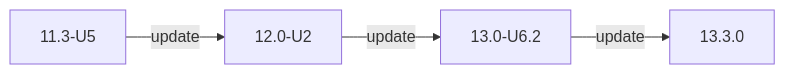
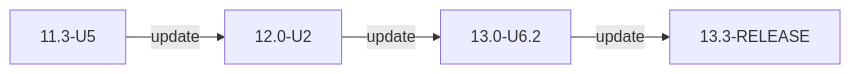
One commit to truenas/documentation changed the first of 2 diagrams in static/includes/COREUpgradePaths.md. Above: the diagram before and after it, drawn with Mermaid. The commit also changed 9 other files, not shown here.

```diff
--- a/static/includes/COREUpgradePaths.md
+++ b/static/includes/COREUpgradePaths.md
@@ -12,6 +12,6 @@
       {{< mermaid class="mermaid_sizing" >}}
       flowchart LR
       A["11.3-U5"] -->|update| B["12.0-U2"]
       B -->|update| C["13.0-U6.2"]
-      C -->|update| D["13.3.0"]
+      C -->|update| D["13.3-RELEASE"]
       {{< /mermaid >}}
```
